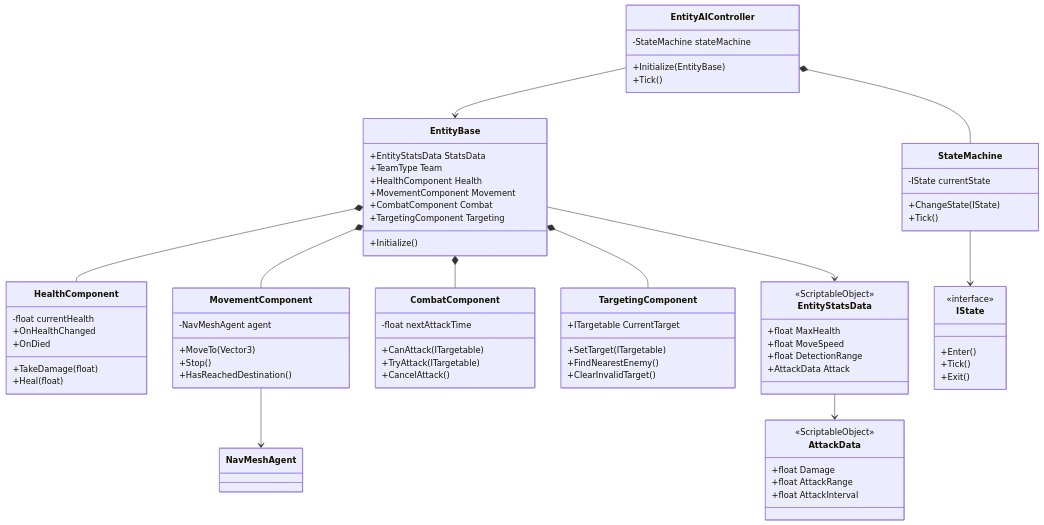
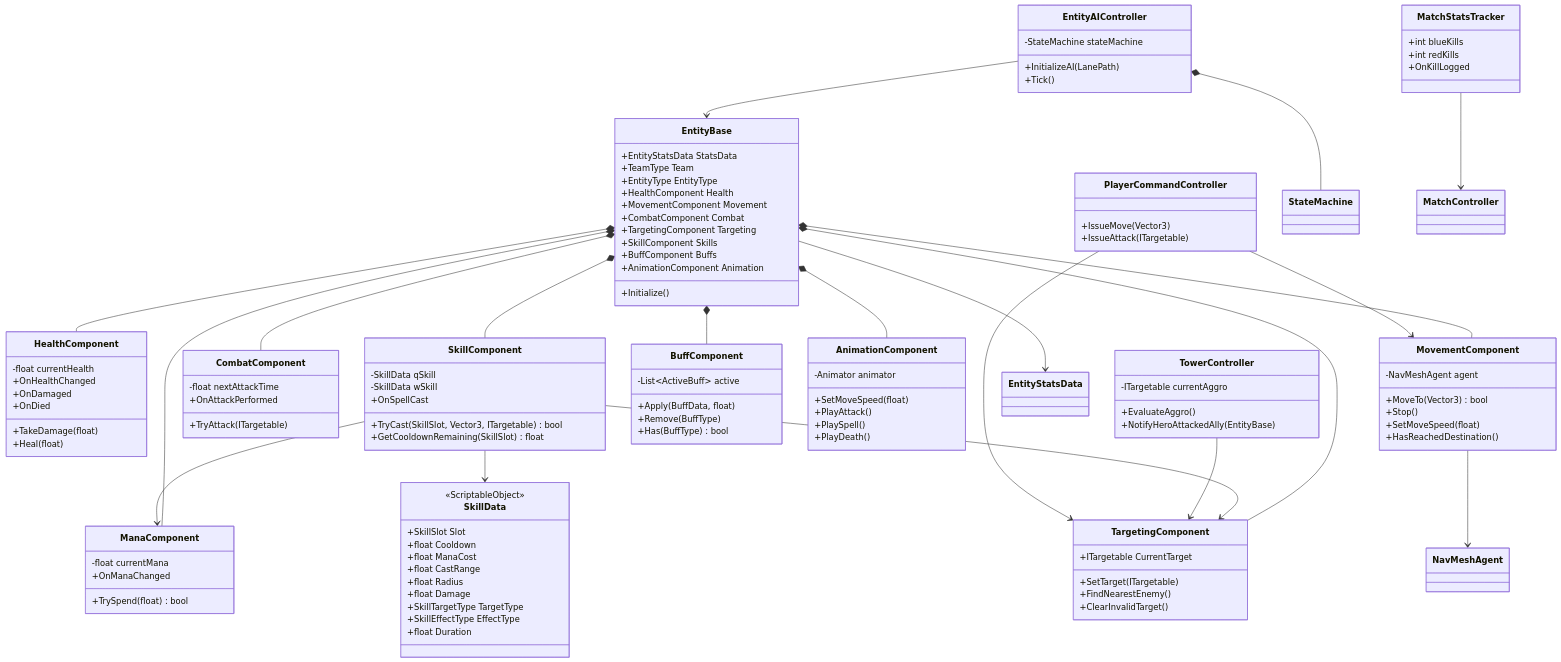
One commit to Jaxuu/MOBA-Demo changed the diagram in MOBA_Demo_Plan.md. Above: the diagram before and after it, drawn with Mermaid. The commit also changed other lines of this file and 22 other files, not shown here.

````diff
--- a/MOBA_Demo_Plan.md
+++ b/MOBA_Demo_Plan.md
@@ -117,10 +142,14 @@
     class EntityBase {
         +EntityStatsData StatsData
         +TeamType Team
+        +EntityType EntityType
         +HealthComponent Health
         +MovementComponent Movement
         +CombatComponent Combat
         +TargetingComponent Targeting
+        +SkillComponent Skills
+        +BuffComponent Buffs
+        +AnimationComponent Animation
         +Initialize()
     }
 
@@ -129,21 +158,28 @@
         +TakeDamage(float)
         +Heal(float)
         +OnHealthChanged
+        +OnDamaged
         +OnDied
+    }
+
+    class ManaComponent {
+        -float currentMana
+        +TrySpend(float) bool
+        +OnManaChanged
     }
 
     class MovementComponent {
         -NavMeshAgent agent
-        +MoveTo(Vector3)
+        +MoveTo(Vector3) bool
         +Stop()
+        +SetMoveSpeed(float)
         +HasReachedDestination()
     }
 
     class CombatComponent {
         -float nextAttackTime
-        +CanAttack(ITargetable)
         +TryAttack(ITargetable)
-        +CancelAttack()
+        +OnAttackPerformed
     }
 
     class TargetingComponent {
@@ -153,48 +189,82 @@
         +ClearInvalidTarget()
     }
 
+    class SkillComponent {
+        -SkillData qSkill
+        -SkillData wSkill
+        +TryCast(SkillSlot, Vector3, ITargetable) bool
+        +GetCooldownRemaining(SkillSlot) float
+        +OnSpellCast
+    }
+
+    class BuffComponent {
+        -List~ActiveBuff~ active
+        +Apply(BuffData, float)
+        +Remove(BuffType)
+        +Has(BuffType) bool
+    }
+
+    class SkillData {
+        <<ScriptableObject>>
+        +SkillSlot Slot
+        +float Cooldown
+        +float ManaCost
+        +float CastRange
+        +float Radius
+        +float Damage
+        +SkillTargetType TargetType
+        +SkillEffectType EffectType
+        +float Duration
+    }
+
+    class AnimationComponent {
+        -Animator animator
+        +SetMoveSpeed(float)
+        +PlayAttack()
+        +PlaySpell()
+        +PlayDeath()
+    }
+
+    class TowerController {
+        -ITargetable currentAggro
+        +EvaluateAggro()
+        +NotifyHeroAttackedAlly(EntityBase)
+    }
+
+    class PlayerCommandController {
+        +IssueMove(Vector3)
+        +IssueAttack(ITargetable)
+    }
+
+    class MatchStatsTracker {
+        +int blueKills
+        +int redKills
+        +OnKillLogged
+    }
+
     class EntityAIController {
         -StateMachine stateMachine
-        +Initialize(EntityBase)
+        +InitializeAI(LanePath)
         +Tick()
     }
 
-    class StateMachine {
-        -IState currentState
-        +ChangeState(IState)
-        +Tick()
-    }
-
-    class IState {
-        <<interface>>
-        +Enter()
-        +Tick()
-        +Exit()
-    }
-
-    class EntityStatsData {
-        <<ScriptableObject>>
-        +float MaxHealth
-        +float MoveSpeed
-        +float DetectionRange
-        +AttackData Attack
-    }
-
-    class AttackData {
-        <<ScriptableObject>>
-        +float Damage
-        +float AttackRange
-        +float AttackInterval
-    }
-
     EntityBase *-- HealthComponent
+    EntityBase *-- ManaComponent
     EntityBase *-- MovementComponent
     EntityBase *-- CombatComponent
     EntityBase *-- TargetingComponent
+    EntityBase *-- SkillComponent
+    EntityBase *-- BuffComponent
+    EntityBase *-- AnimationComponent
     EntityBase --> EntityStatsData
-    EntityStatsData --> AttackData
+    SkillComponent --> SkillData
+    SkillComponent --> ManaComponent
+    SkillComponent --> TargetingComponent
     EntityAIController --> EntityBase
     EntityAIController *-- StateMachine
-    StateMachine --> IState
     MovementComponent --> NavMeshAgent
+    TowerController --> TargetingComponent
+    PlayerCommandController --> MovementComponent
+    PlayerCommandController --> TargetingComponent
+    MatchStatsTracker --> MatchController
 ```
````
